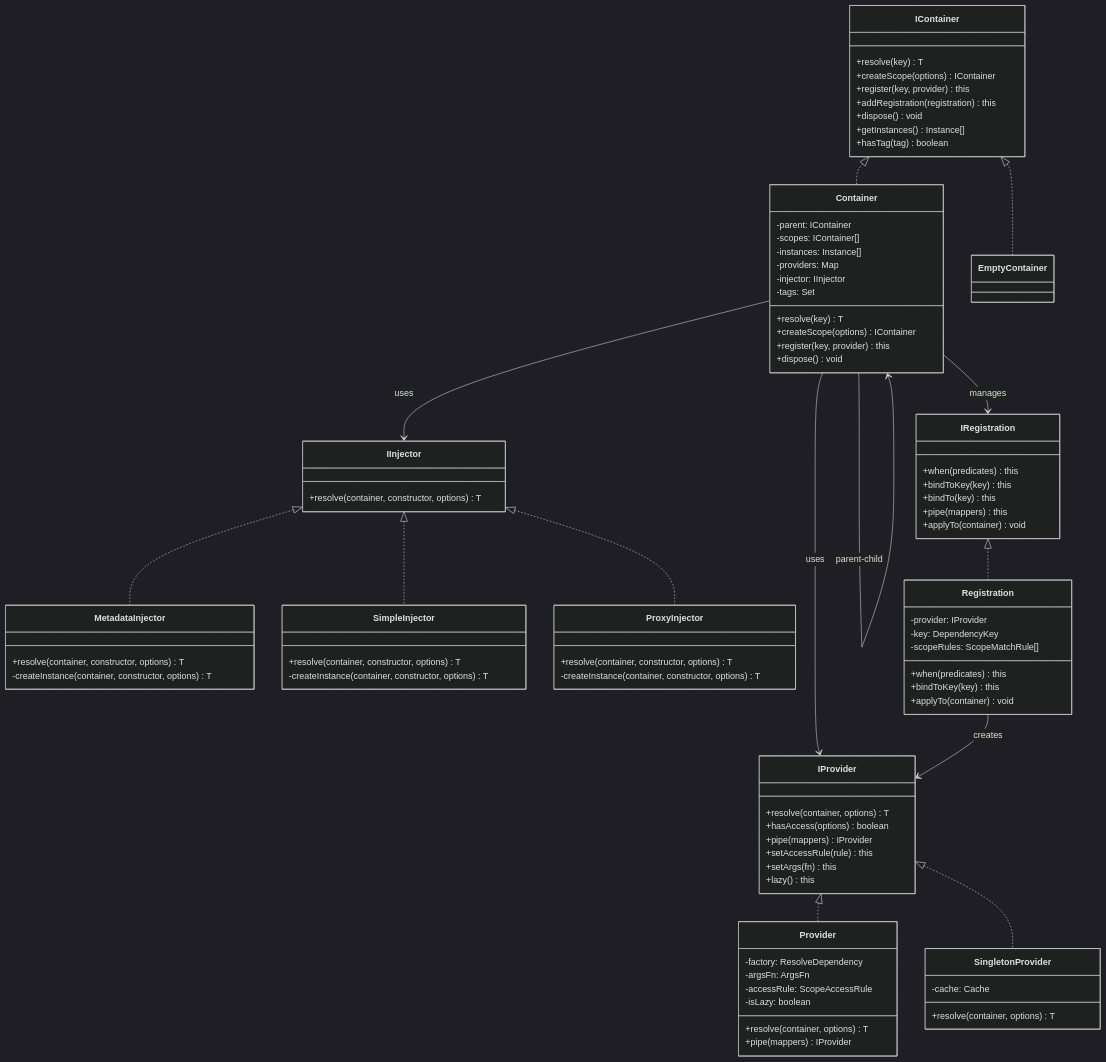
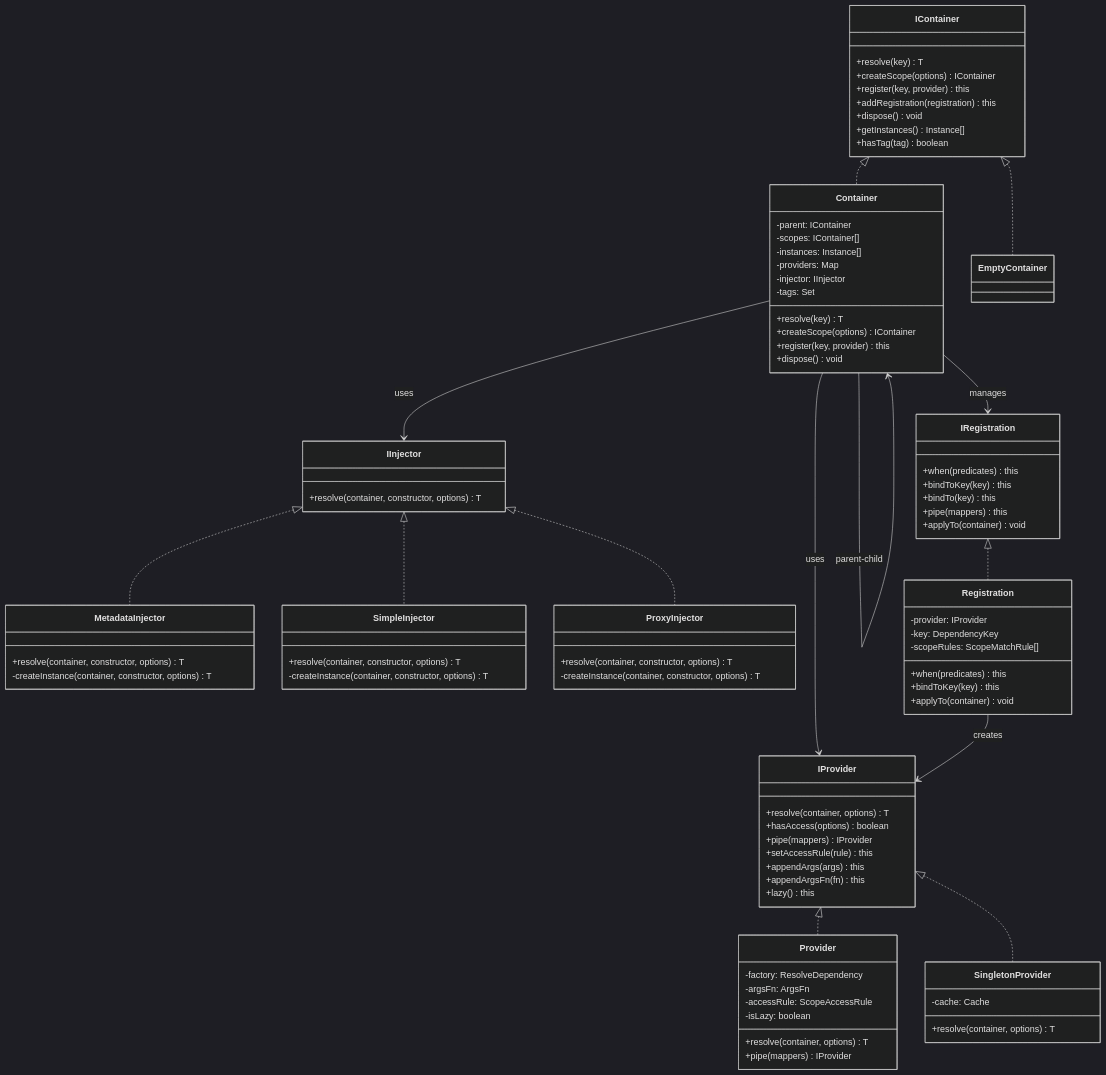
Before and after one commit to IgorBabkin/ts-ioc-container: the diagram in docs/src/assets/diagrams/class-diagram.mermaid, drawn with Mermaid (dark theme). The commit also changed other lines of this file and 21 other files, not shown here.

```diff
--- a/docs/src/assets/diagrams/class-diagram.mermaid
+++ b/docs/src/assets/diagrams/class-diagram.mermaid
@@ -1,96 +1,97 @@
 classDiagram
     class IContainer {
         +resolve(key) T
         +createScope(options) IContainer
         +register(key, provider) this
         +addRegistration(registration) this
         +dispose() void
         +getInstances() Instance[]
         +hasTag(tag) boolean
     }
 
     class Container {
         -parent: IContainer
         -scopes: IContainer[]
         -instances: Instance[]
         -providers: Map
         -injector: IInjector
         -tags: Set
         +resolve(key) T
         +createScope(options) IContainer
         +register(key, provider) this
         +dispose() void
     }
 
     class IProvider {
         +resolve(container, options) T
         +hasAccess(options) boolean
         +pipe(mappers) IProvider
         +setAccessRule(rule) this
-        +setArgs(fn) this
+        +appendArgs(args) this
+        +appendArgsFn(fn) this
         +lazy() this
     }
 
     class Provider {
         -factory: ResolveDependency
         -argsFn: ArgsFn
         -accessRule: ScopeAccessRule
         -isLazy: boolean
         +resolve(container, options) T
         +pipe(mappers) IProvider
     }
 
     class SingletonProvider {
         -cache: Cache
         +resolve(container, options) T
     }
 
     class IInjector {
         +resolve(container, constructor, options) T
     }
 
     class MetadataInjector {
         +resolve(container, constructor, options) T
         -createInstance(container, constructor, options) T
     }
 
     class SimpleInjector {
         +resolve(container, constructor, options) T
         -createInstance(container, constructor, options) T
     }
 
     class ProxyInjector {
         +resolve(container, constructor, options) T
         -createInstance(container, constructor, options) T
     }
 
     class IRegistration {
         +when(predicates) this
         +bindToKey(key) this
         +bindTo(key) this
         +pipe(mappers) this
         +applyTo(container) void
     }
 
     class Registration {
         -provider: IProvider
         -key: DependencyKey
         -scopeRules: ScopeMatchRule[]
         +when(predicates) this
         +bindToKey(key) this
         +applyTo(container) void
     }
 
     IContainer <|.. Container
     IContainer <|.. EmptyContainer
     Container --> IProvider : uses
     Container --> IInjector : uses
     Container --> IRegistration : manages
     IProvider <|.. Provider
     IProvider <|.. SingletonProvider
     IInjector <|.. MetadataInjector
     IInjector <|.. SimpleInjector
     IInjector <|.. ProxyInjector
     IRegistration <|.. Registration
     Registration --> IProvider : creates
     Container --> Container : parent-child
```
